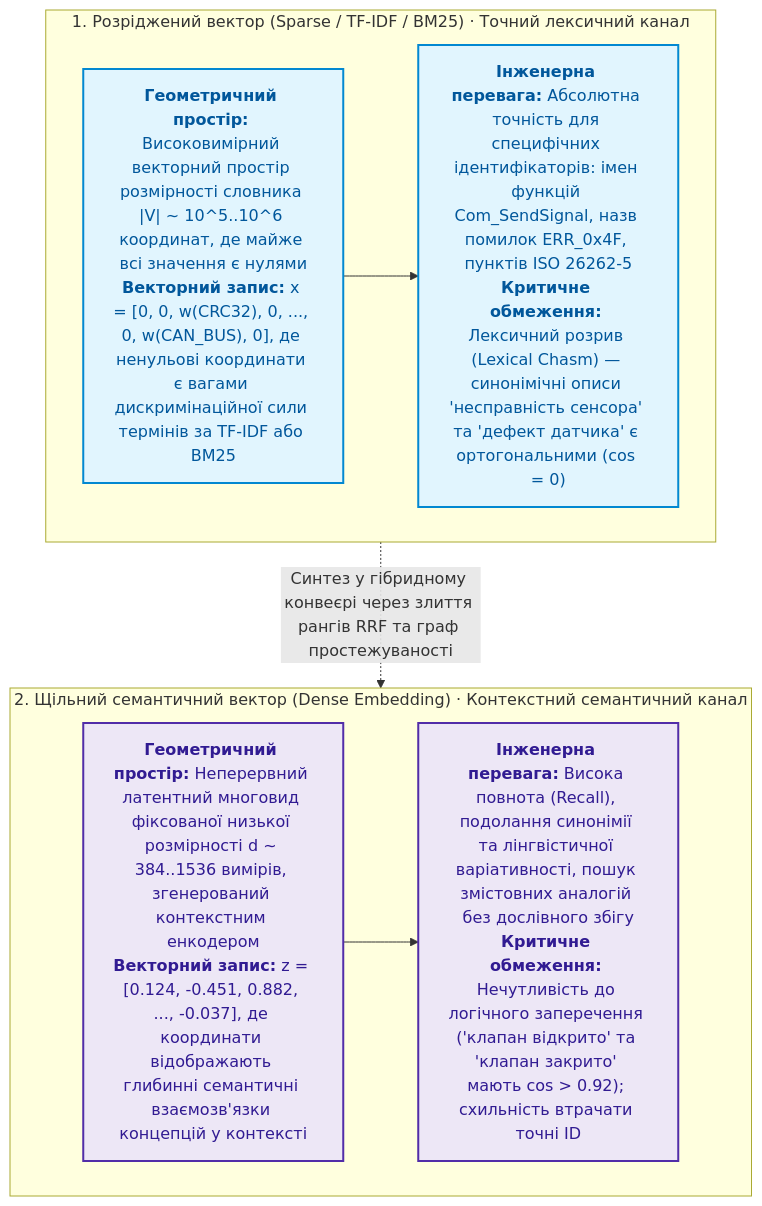
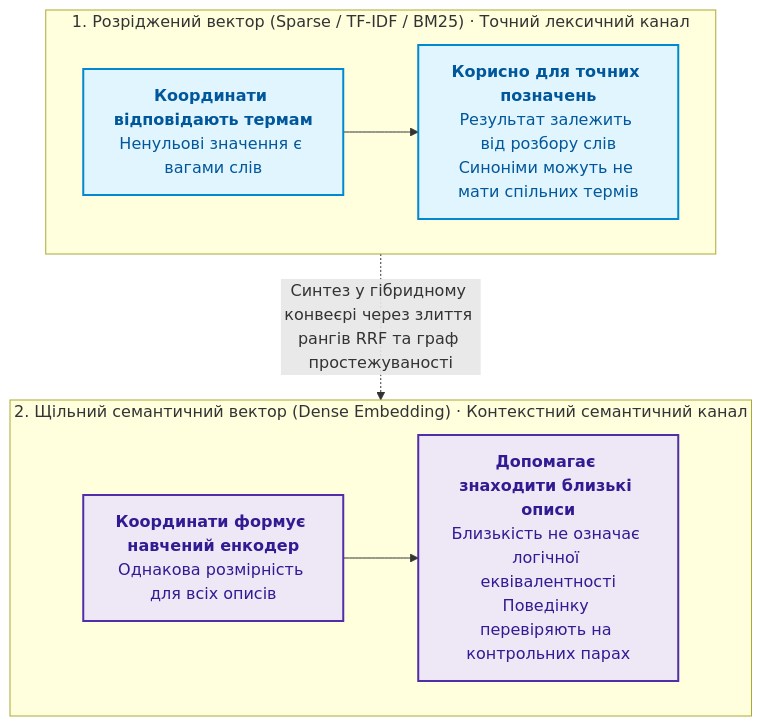
The ninth of 11 diagrams in ExpertSystem/ch04-evolution-from-bayes-to-evidence-ai.md (nick-fedchik/articles), drawn with Mermaid before and after one commit. The commit also changed other lines of this file and 19 other files, not shown here.

````diff
--- a/ExpertSystem/ch04-evolution-from-bayes-to-evidence-ai.md
+++ b/ExpertSystem/ch04-evolution-from-bayes-to-evidence-ai.md
@@ -1022,25 +1100,25 @@
 ```mermaid
 flowchart TD
     accTitle: Порівняння розріджених лексичних і щільних семантичних векторів
     accDescr: Розріджені вектори кодують точні слова за розмірністю словника, а щільні вектори кодують прихований зміст у просторі фіксованої розмірності.
 
     subgraph Sparse["1. Розріджений вектор (Sparse / TF-IDF / BM25) · Точний лексичний канал"]
-        S1["<b>Геометричний простір:</b> Високовимірний векторний простір розмірності словника |V| ~ 10^5..10^6 координат, де майже всі значення є нулями<br/><b>Векторний запис:</b> x = [0, 0, w(CRC32), 0, ..., 0, w(CAN_BUS), 0], де ненульові координати є вагами дискримінаційної сили термінів за TF-IDF або BM25"]
-        S2["<b>Інженерна перевага:</b> Абсолютна точність для специфічних ідентифікаторів: імен функцій Com_SendSignal, назв помилок ERR_0x4F, пунктів ISO 26262-5<br/><b>Критичне обмеження:</b> Лексичний розрив (Lexical Chasm) — синонімічні описи 'несправність сенсора' та 'дефект датчика' є ортогональними (cos = 0)"]
+        S1["<b>Координати відповідають термам</b><br/>Ненульові значення є вагами слів"]
+        S2["<b>Корисно для точних позначень</b><br/>Результат залежить від розбору слів<br/>Синоніми можуть не мати спільних термів"]
         S1 --> S2
     end
 
     subgraph Dense["2. Щільний семантичний вектор (Dense Embedding) · Контекстний семантичний канал"]
-        D1["<b>Геометричний простір:</b> Неперервний латентний многовид фіксованої низької розмірності d ~ 384..1536 вимірів, згенерований контекстним енкодером<br/><b>Векторний запис:</b> z = [0.124, -0.451, 0.882, ..., -0.037], де координати відображають глибинні семантичні взаємозв'язки концепцій у контексті"]
-        D2["<b>Інженерна перевага:</b> Висока повнота (Recall), подолання синонімії та лінгвістичної варіативності, пошук змістовних аналогій без дослівного збігу<br/><b>Критичне обмеження:</b> Нечутливість до логічного заперечення ('клапан відкрито' та 'клапан закрито' мають cos > 0.92); схильність втрачати точні ID"]
+        D1["<b>Координати формує навчений енкодер</b><br/>Однакова розмірність для всіх описів"]
+        D2["<b>Допомагає знаходити близькі описи</b><br/>Близькість не означає логічної еквівалентності<br/>Поведінку перевіряють на контрольних парах"]
         D1 --> D2
     end
 
     Sparse -.->|Синтез у гібридному конвеєрі через злиття рангів RRF та граф простежуваності| Dense
 
     classDef s fill:#e1f5fe,stroke:#0288d1,stroke-width:2px,color:#01579b;
     classDef d fill:#ede7f6,stroke:#512da8,stroke-width:2px,color:#311b92;
 
     class S1,S2 s;
     class D1,D2 d;
 ```
````
